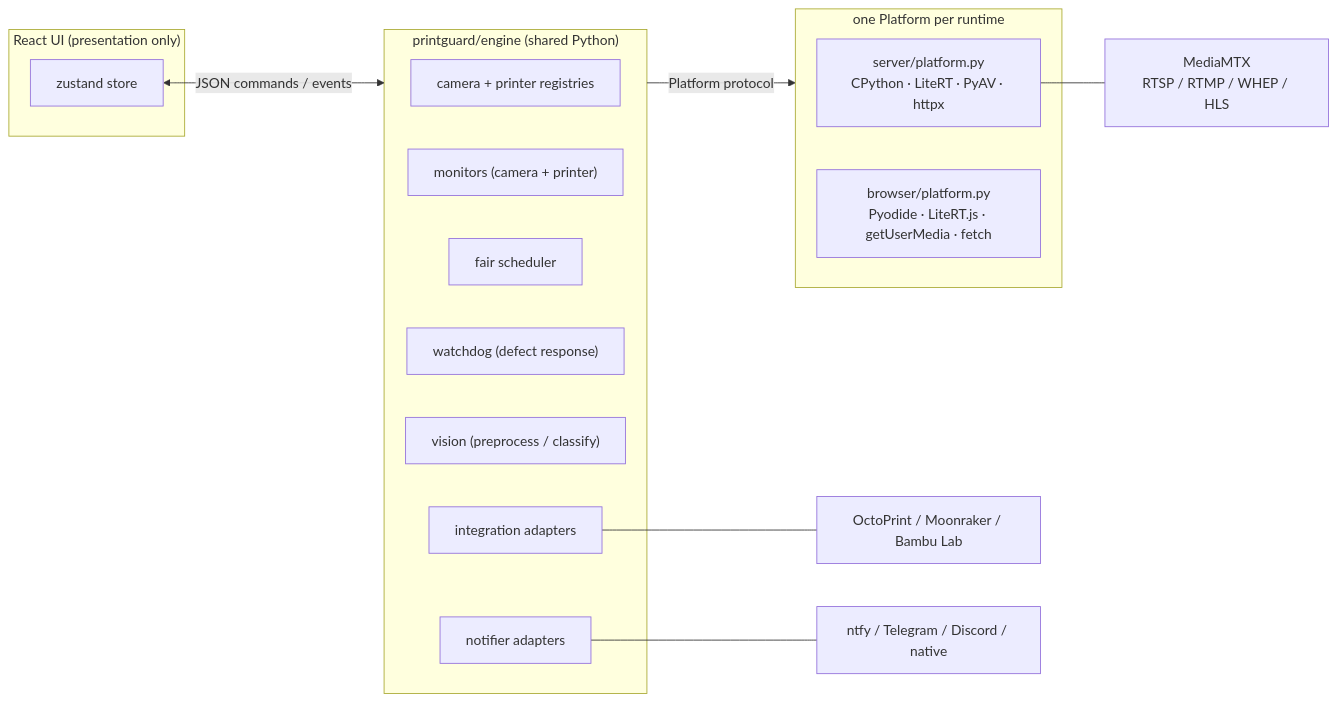
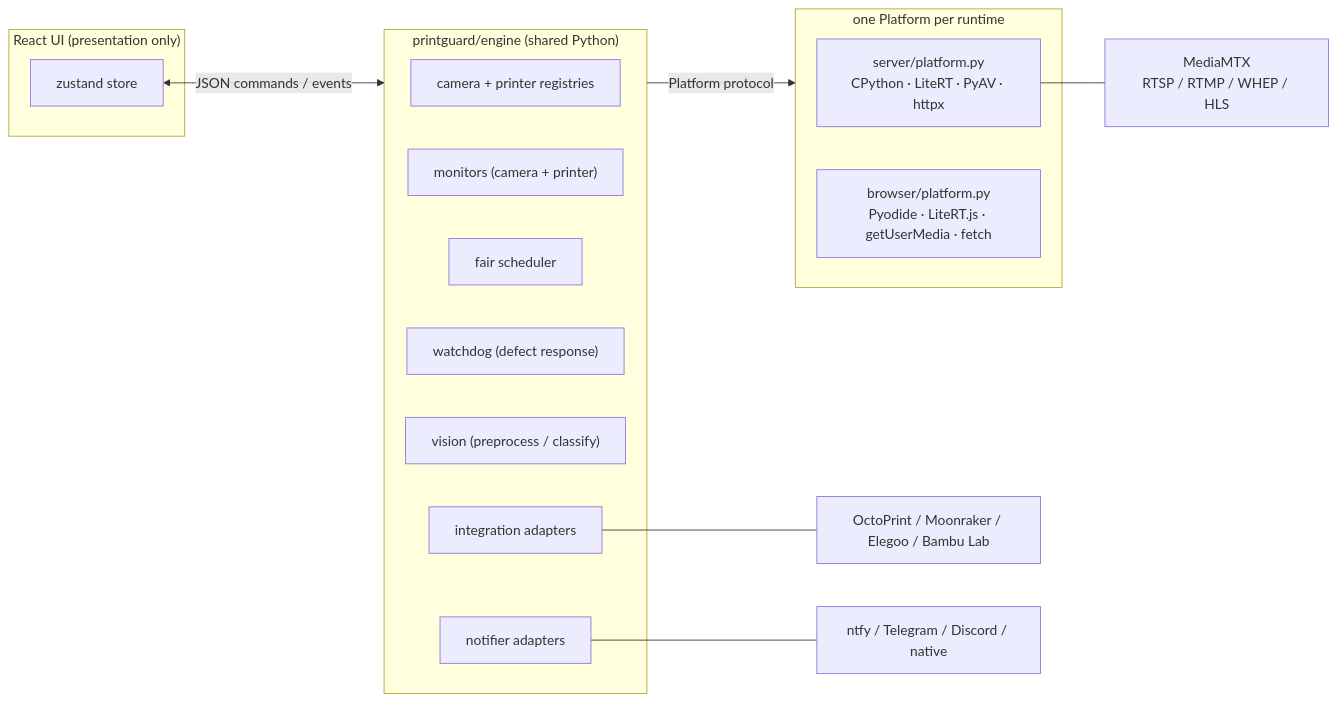
One commit to dwongdev/PrintGuard changed the first of 2 diagrams in docs/architecture.md. Above: the diagram before and after it, drawn with Mermaid. The commit also changed other lines of this file and 3 other files, not shown here.

````diff
--- a/docs/architecture.md
+++ b/docs/architecture.md
@@ -8,29 +8,29 @@
 ```mermaid
 flowchart LR
     subgraph UI["React UI (presentation only)"]
         store["zustand store"]
     end
 
     store <-- "JSON commands / events" --> engine
 
     subgraph engine["printguard/engine (shared Python)"]
         registry["camera + printer registries"]
         monitors["monitors (camera + printer)"]
         scheduler["fair scheduler"]
         watchdog["watchdog (defect response)"]
         vision["vision (preprocess / classify)"]
         integrations["integration adapters"]
         notifiers["notifier adapters"]
     end
 
     engine -- "Platform protocol" --> platform
 
     subgraph platform["one Platform per runtime"]
         server["server/platform.py<br/>CPython · LiteRT · PyAV · httpx"]
         browser["browser/platform.py<br/>Pyodide · LiteRT.js · getUserMedia · fetch"]
     end
 
     server --- mediamtx["MediaMTX<br/>RTSP / RTMP / WHEP / HLS"]
-    integrations --- printersvc["OctoPrint / Moonraker / Bambu Lab"]
+    integrations --- printersvc["OctoPrint / Moonraker / Elegoo / Bambu Lab"]
     notifiers --- push["ntfy / Telegram / Discord / native"]
 ```
````
